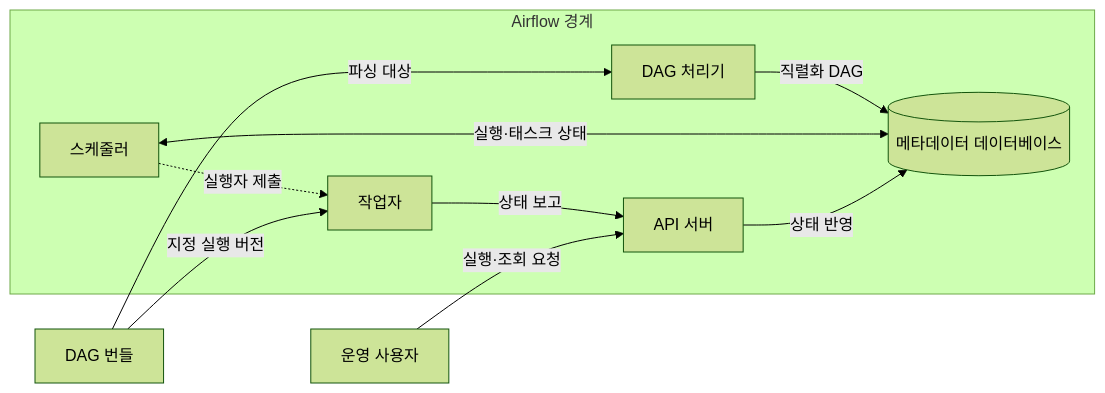
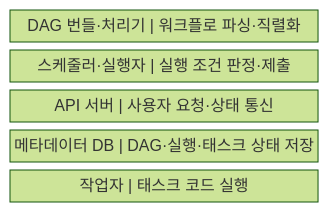
One commit to agnusdei1207/knowledge-base changed the first of 2 diagrams in src/content/docs/notes/03-software/139_data_pipeline_orchestration.md. Above: the diagram before and after it, drawn with Mermaid (forest theme). The commit also changed other lines of this file and 20 other files, not shown here.

````diff
--- a/src/content/docs/notes/03-software/139_data_pipeline_orchestration.md
+++ b/src/content/docs/notes/03-software/139_data_pipeline_orchestration.md
@@ -67,20 +63,9 @@
 ```mermaid
-flowchart LR
-    B[DAG 번들]
-    U[운영 사용자]
-    subgraph A[Airflow 경계]
-        P[DAG 처리기]
-        S[스케줄러]
-        I[API 서버]
-        M[(메타데이터 데이터베이스)]
-        W[작업자]
-        P -->|직렬화 DAG| M
-        S <-->|실행·태스크 상태| M
-        S -.->|실행자 제출| W
-        W -->|상태 보고| I
-        I -->|상태 반영| M
-    end
-    B -->|파싱 대상| P
-    B -->|지정 실행 버전| W
-    U -->|실행·조회 요청| I
+block
+    columns 1
+    A["DAG 번들·처리기 | 워크플로 파싱·직렬화"]
+    B["스케줄러·실행자 | 실행 조건 판정·제출"]
+    C["API 서버 | 사용자 요청·상태 통신"]
+    D["메타데이터 DB | DAG·실행·태스크 상태 저장"]
+    E["작업자 | 태스크 코드 실행"]
 ```
````
